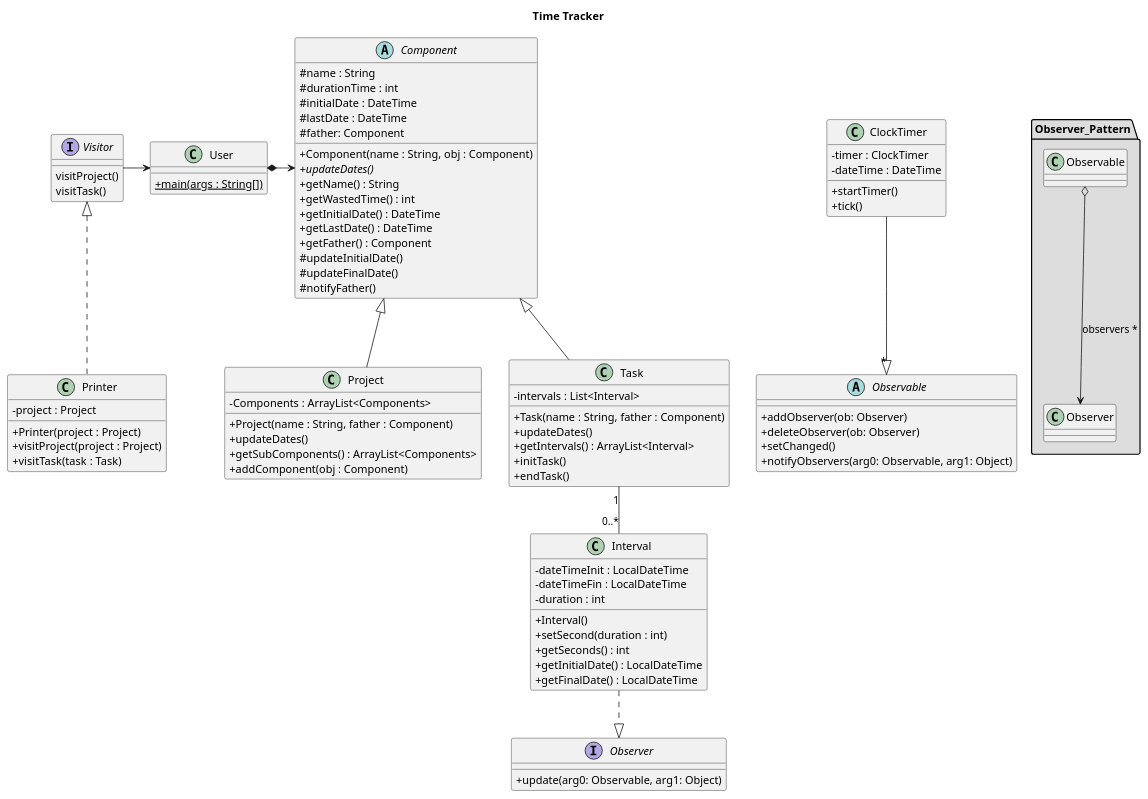
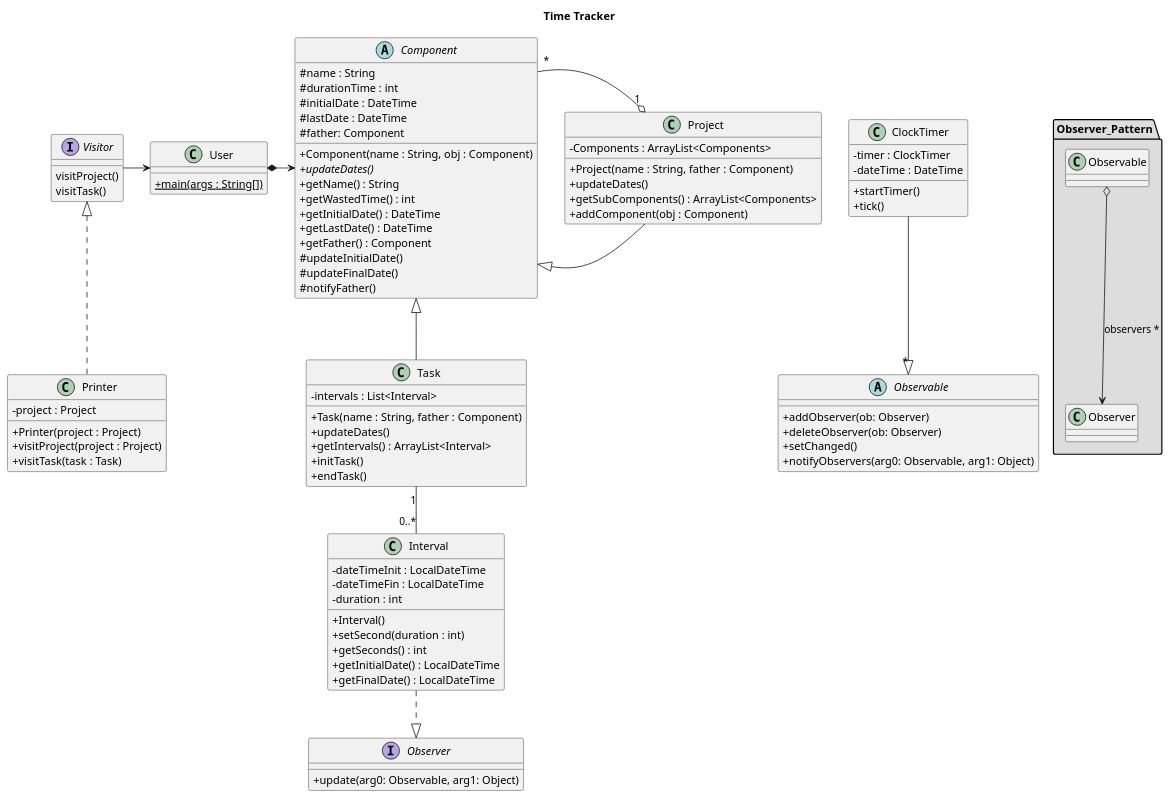
Before and after one commit to joaquimcodina/TimeTracker: the diagram in diagram/classDiagram.puml, drawn with PlantUML.

```diff
--- a/diagram/classDiagram.puml
+++ b/diagram/classDiagram.puml
@@ -1,101 +1,102 @@
 @startuml
 skinparam classAttributeIconSize 0
 
 title "Time Tracker"
 
 class User{
 +{static} main(args : String[])
 }
 
 interface Visitor {
 visitProject()
 visitTask()
 }
 
 class Printer implements Visitor{
 - project : Project
 + Printer(project : Project)
 + visitProject(project : Project)
 + visitTask(task : Task)
 }
 
 class Task extends Component{
 - intervals : List<Interval>
 + Task(name : String, father : Component)
 + updateDates()
 + getIntervals() : ArrayList<Interval>
 + initTask()
 + endTask()
 }
 
 class Project extends Component {
 - Components : ArrayList<Components>
 + Project(name : String, father : Component)
 + updateDates()
 + getSubComponents() : ArrayList<Components>
 + addComponent(obj : Component)
 }
 
 package "Observer_Pattern" #DDDDDD{
     Observable o--> Observer : observers *
 }
 
 abstract class Observable{
 + addObserver(ob: Observer)
 + deleteObserver(ob: Observer)
 +setChanged()
 +notifyObservers(arg0: Observable, arg1: Object)
 }
 
 interface Observer{
 +update(arg0: Observable, arg1: Object)
 }
 
 class ClockTimer{
 - timer : ClockTimer
 - dateTime : DateTime
 + startTimer()
 + tick()
 }
 
 abstract class Component{
 # name : String
 # durationTime : int
 # initialDate : DateTime
 # lastDate : DateTime
 # father: Component
 + Component(name : String, obj : Component)
 + {abstract} updateDates()
 + getName() : String
 + getWastedTime() : int
 + getInitialDate() : DateTime
 + getLastDate() : DateTime
 + getFather() : Component
 # updateInitialDate()
 # updateFinalDate()
 # notifyFather()
 }
 
 class Interval {
 - dateTimeInit : LocalDateTime
 - dateTimeFin : LocalDateTime
 - duration : int
 + Interval()
 + setSecond(duration : int)
 + getSeconds() : int
 + getInitialDate() : LocalDateTime
 + getFinalDate() : LocalDateTime
 }
 
 
 
 
 User *-right-> Component
 'Project "1"-left-"0..*" Project
+Project "1" o- "*" Component
 Visitor -right-> User
 Task "1"--"0..*" Interval
 Interval ..|> Observer
 ClockTimer --|> "*" Observable
 
 
 @enduml
```
